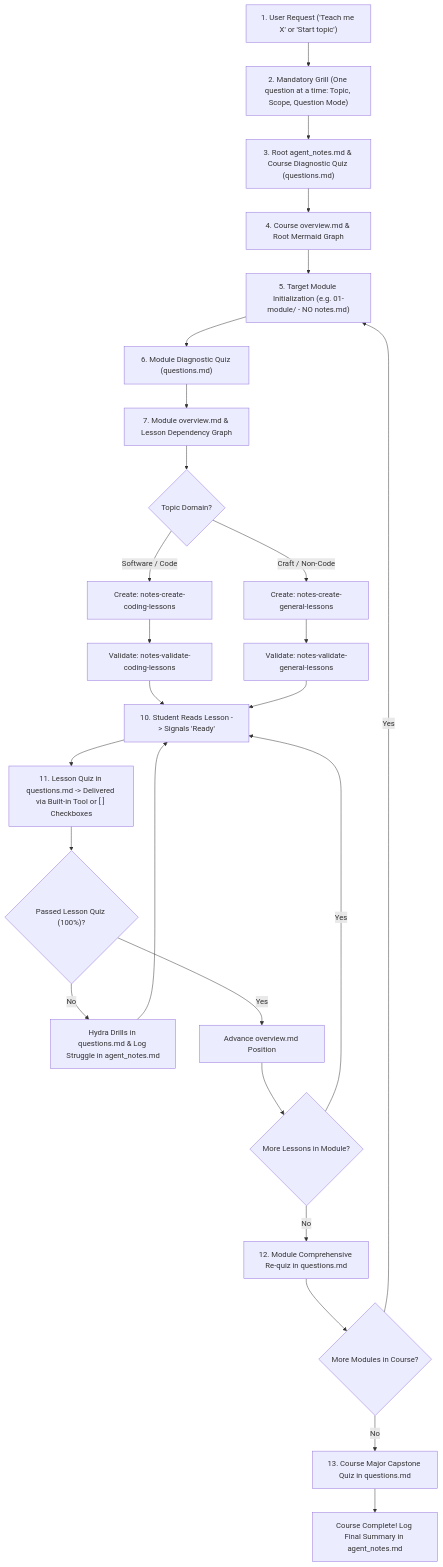
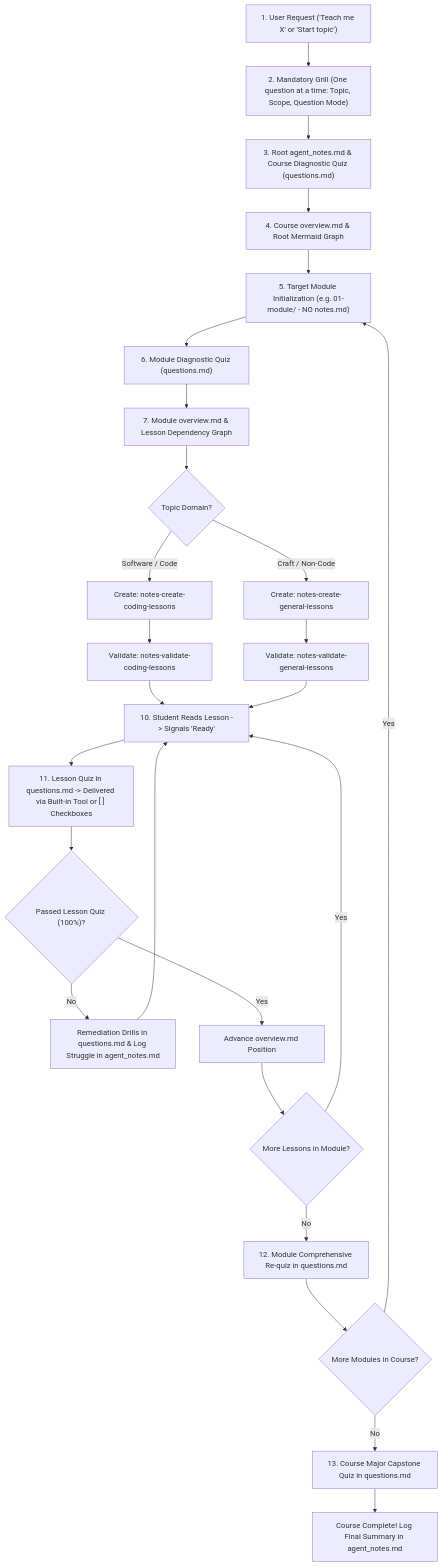
One commit to asquilatan/notes-skills changed the diagram in notes-start/SKILL.md. Above: the diagram before and after it, drawn with Mermaid. The commit also changed other lines of this file and 3 other files, not shown here.

Commit message:
refactor: replace Hydra phrasing with professional remediation drill terminology

````diff
--- a/notes-start/SKILL.md
+++ b/notes-start/SKILL.md
@@ -37,28 +37,28 @@
 ```mermaid
 flowchart TD
     A["1. User Request ('Teach me X' or 'Start topic')"] --> B["2. Mandatory Grill (One question at a time: Topic, Scope, Question Mode)"]
     B --> C["3. Root agent_notes.md & Course Diagnostic Quiz (questions.md)"]
     C --> D["4. Course overview.md & Root Mermaid Graph"]
     D --> E["5. Target Module Initialization (e.g. 01-module/ - NO notes.md)"]
     E --> F["6. Module Diagnostic Quiz (questions.md)"]
     F --> G["7. Module overview.md & Lesson Dependency Graph"]
     G --> H{"Topic Domain?"}
     H -- Software / Code --> H1["Create: notes-create-coding-lessons"]
     H -- Craft / Non-Code --> H2["Create: notes-create-general-lessons"]
     H1 --> V1["Validate: notes-validate-coding-lessons"]
     H2 --> V2["Validate: notes-validate-general-lessons"]
     V1 --> J["10. Student Reads Lesson -> Signals 'Ready'"]
     V2 --> J
     J --> K["11. Lesson Quiz in questions.md -> Delivered via Built-in Tool or [ ] Checkboxes"]
     K --> L{"Passed Lesson Quiz (100%)?"}
-    L -- No --> M["Hydra Drills in questions.md & Log Struggle in agent_notes.md"]
+    L -- No --> M["Remediation Drills in questions.md & Log Struggle in agent_notes.md"]
     M --> J
     L -- Yes --> N["Advance overview.md Position"]
     N --> O{"More Lessons in Module?"}
     O -- Yes --> J
     O -- No --> P["12. Module Comprehensive Re-quiz in questions.md"]
     P --> Q{"More Modules in Course?"}
     Q -- Yes --> E
     Q -- No --> R["13. Course Major Capstone Quiz in questions.md"]
     R --> S["Course Complete! Log Final Summary in agent_notes.md"]
 ```
````
